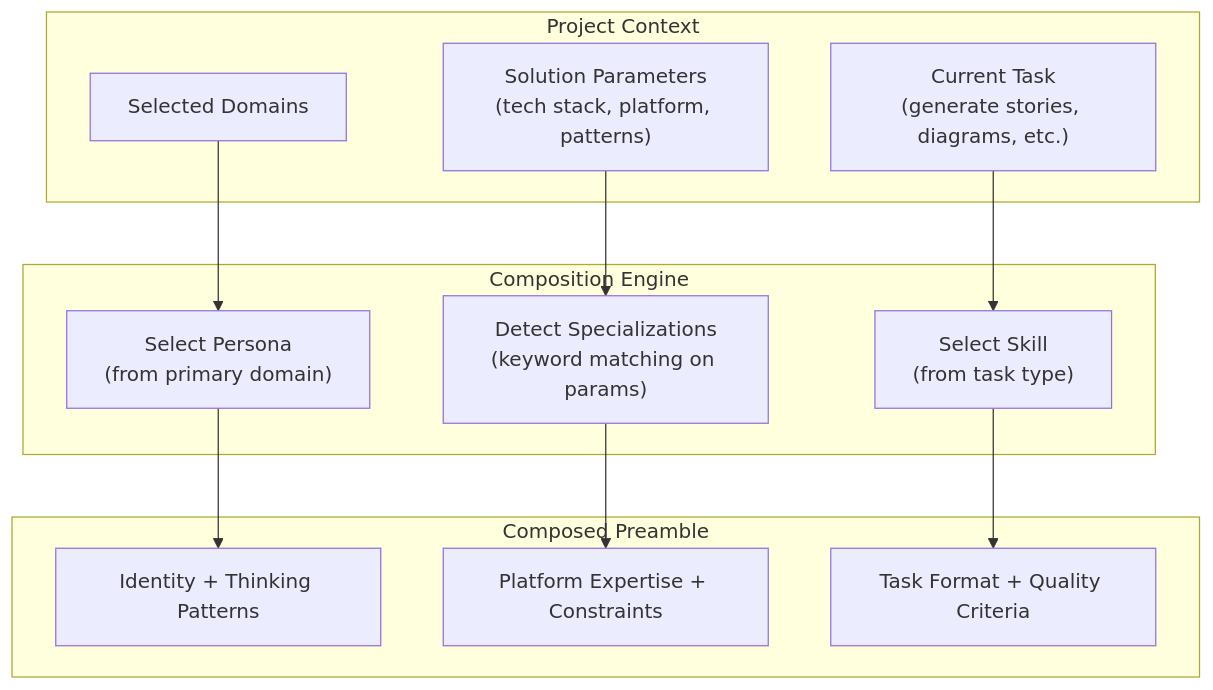
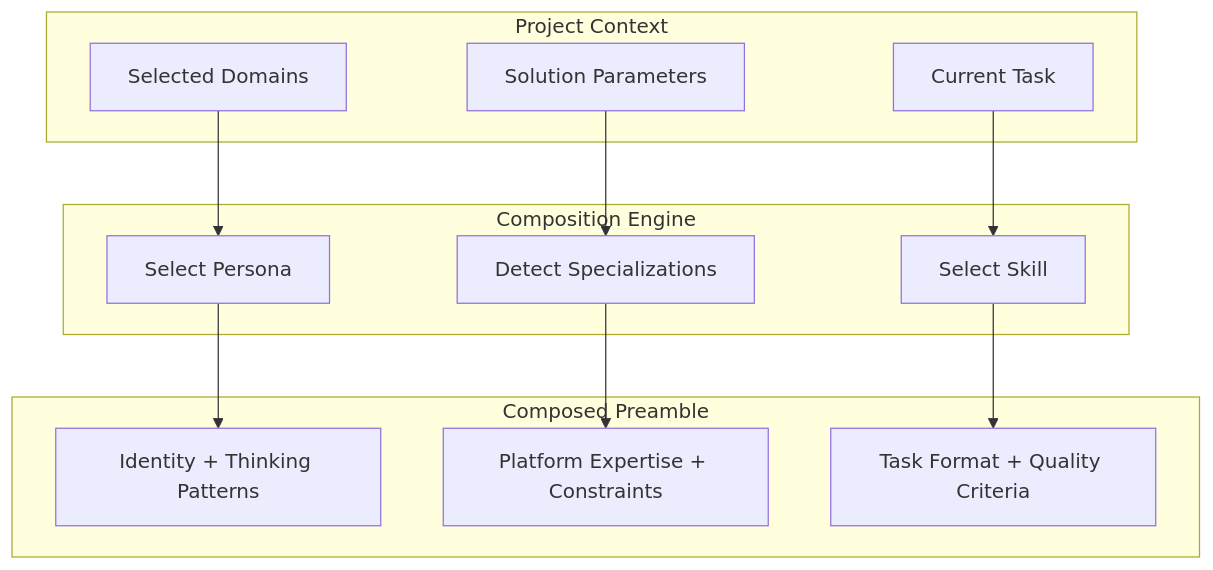
The first of 3 diagrams in docs/ai-engineering/persona-skill-specialization-summary.md (petergdoyle/actor-factory), drawn with Mermaid before and after one commit. The commit also changed other lines of this file and 12 other files, not shown here.

````diff
--- a/docs/ai-engineering/persona-skill-specialization-summary.md
+++ b/docs/ai-engineering/persona-skill-specialization-summary.md
@@ -20,27 +20,27 @@
 ```mermaid
 flowchart TD
     subgraph Input["Project Context"]
         DOMAINS["Selected Domains"]
-        PARAMS["Solution Parameters\n(tech stack, platform, patterns)"]
-        TASK["Current Task\n(generate stories, diagrams, etc.)"]
+        PARAMS["Solution Parameters"]
+        TASK["Current Task"]
     end
 
     subgraph Resolution["Composition Engine"]
-        P_SELECT["Select Persona\n(from primary domain)"]
-        S_DETECT["Detect Specializations\n(keyword matching on params)"]
-        SK_SELECT["Select Skill\n(from task type)"]
+        P_SELECT["Select Persona"]
+        S_DETECT["Detect Specializations"]
+        SK_SELECT["Select Skill"]
     end
 
     subgraph Output["Composed Preamble"]
         IDENTITY["Identity + Thinking Patterns"]
         EXPERTISE["Platform Expertise + Constraints"]
         FORMAT["Task Format + Quality Criteria"]
     end
 
     DOMAINS --> P_SELECT
     PARAMS --> S_DETECT
     TASK --> SK_SELECT
     P_SELECT --> IDENTITY
     S_DETECT --> EXPERTISE
     SK_SELECT --> FORMAT
 ```
````
